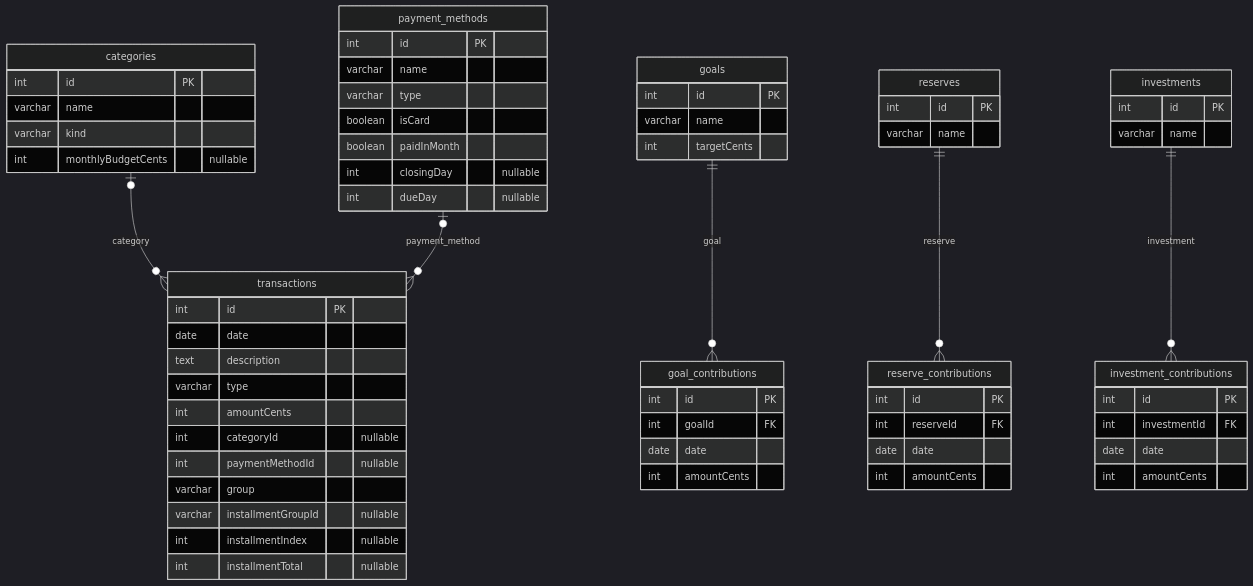
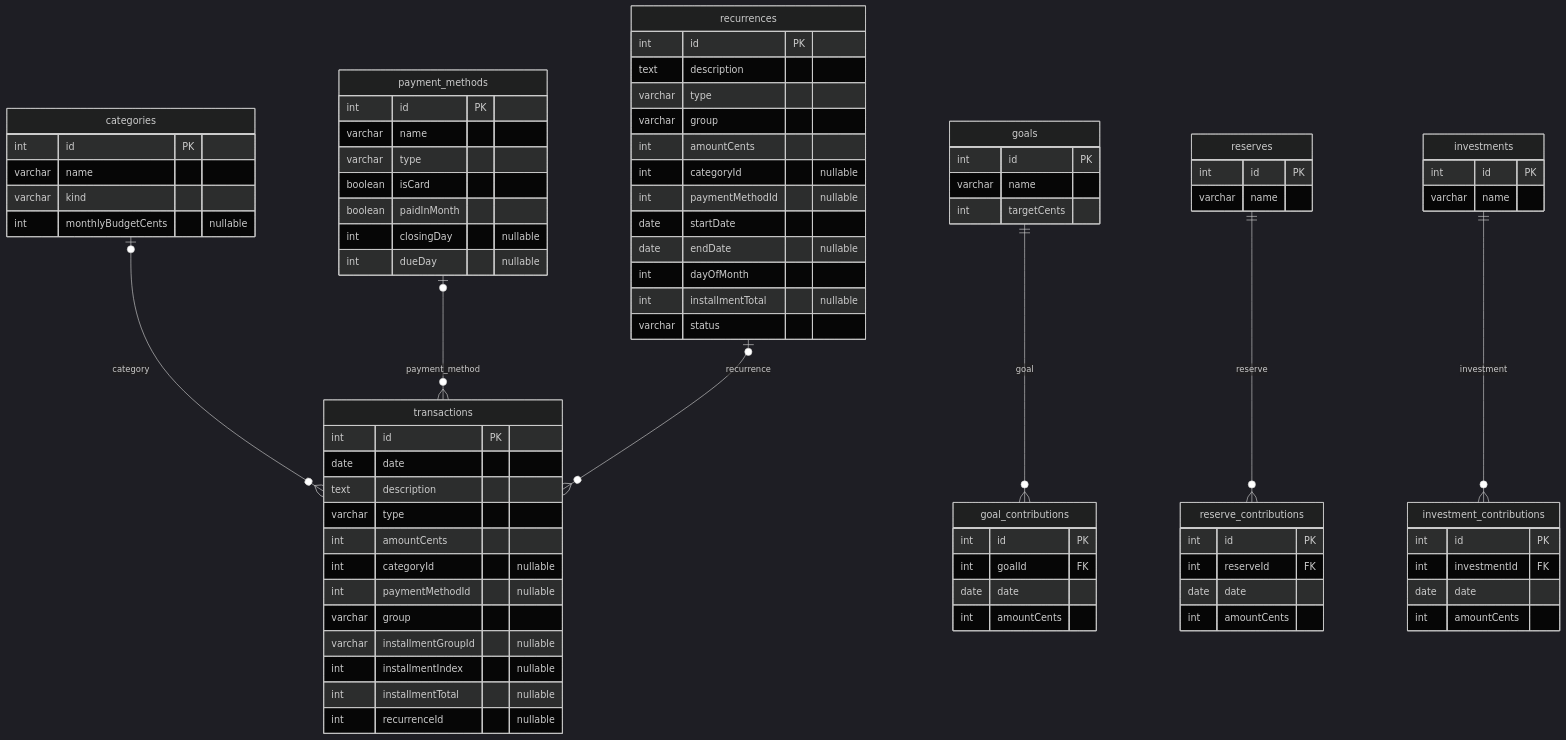
The diagram in docs/MODELO_DADOS.md (luanpgmachado/proj-saas-26), drawn with Mermaid (dark theme) before and after one commit. The commit also changed other lines of this file and 13 other files, not shown here.

```diff
--- a/docs/MODELO_DADOS.md
+++ b/docs/MODELO_DADOS.md
@@ -5,6 +5,7 @@
 erDiagram
   categories o|--o{ transactions : category
   payment_methods o|--o{ transactions : payment_method
+  recurrences o|--o{ transactions : recurrence
   goals ||--o{ goal_contributions : goal
   reserves ||--o{ reserve_contributions : reserve
   investments ||--o{ investment_contributions : investment
@@ -38,6 +39,22 @@
     varchar installmentGroupId "nullable"
     int installmentIndex "nullable"
     int installmentTotal "nullable"
+    int recurrenceId "nullable"
+  }
+
+  recurrences {
+    int id PK
+    text description
+    varchar type
+    varchar group
+    int amountCents
+    int categoryId "nullable"
+    int paymentMethodId "nullable"
+    date startDate
+    date endDate "nullable"
+    int dayOfMonth
+    int installmentTotal "nullable"
+    varchar status
   }
 
   goals {
```
